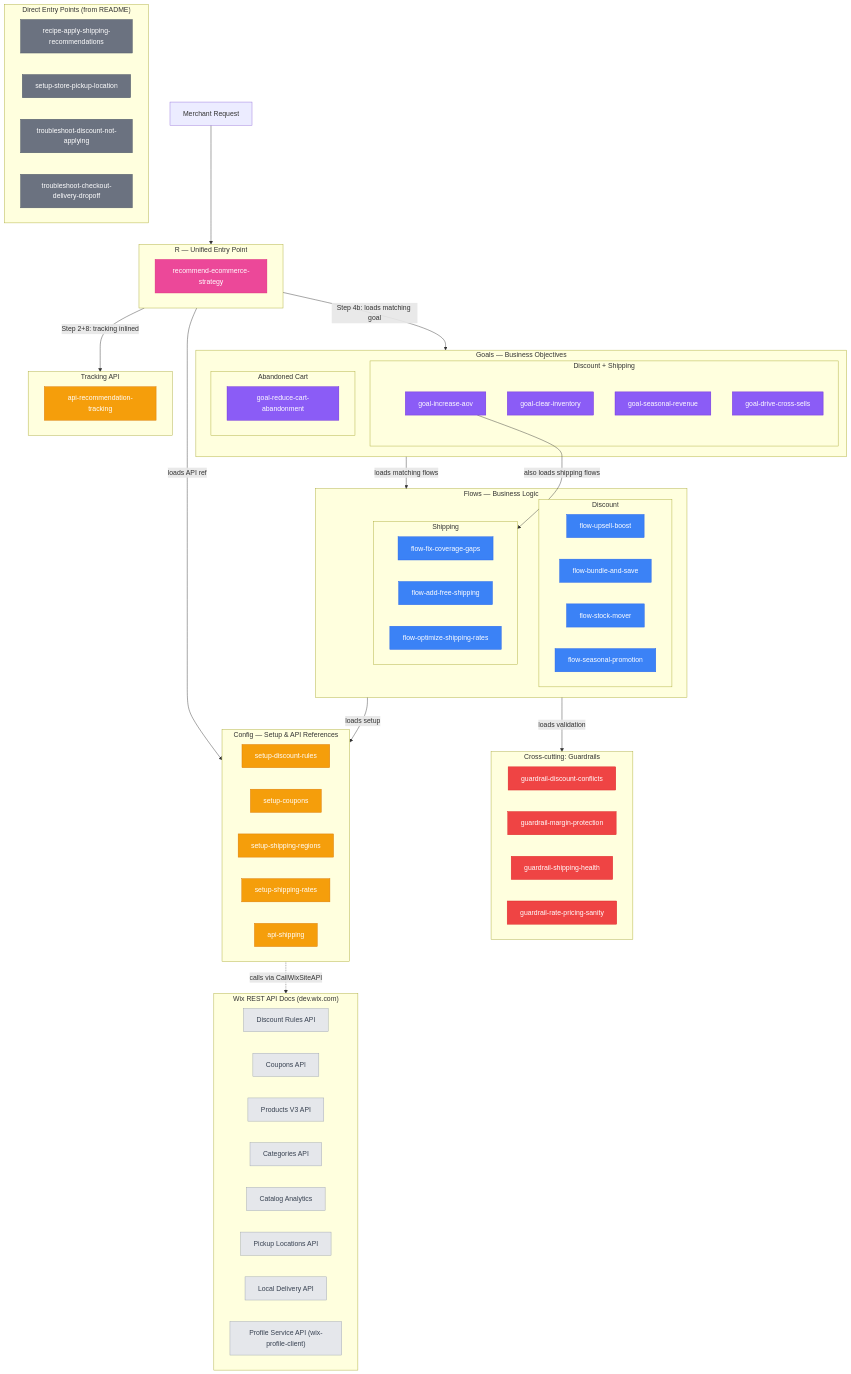
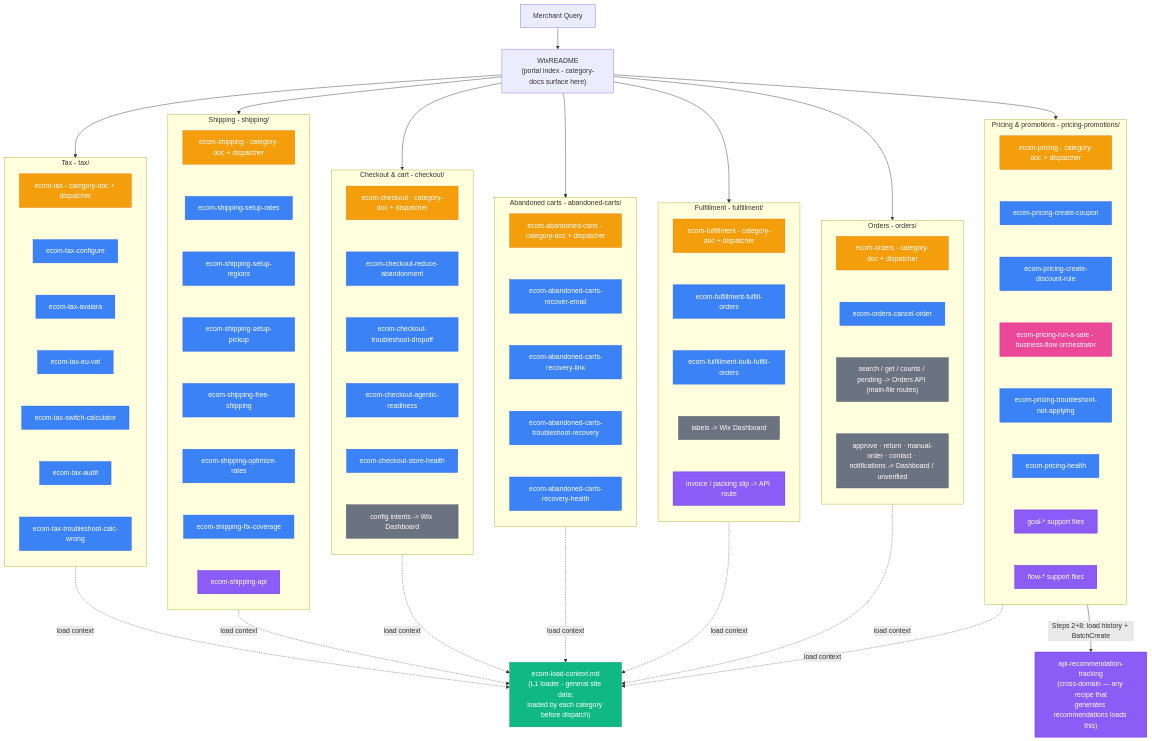
One commit to wix/skills changed the diagram in skills/wix-manage/references/ecommerce/skill-graph.md. Above: the diagram before and after it, drawn with Mermaid. The commit also changed other lines of this file and 69 other files, not shown here.

First line of the commit message:
refactor(wix-manage/ecommerce): port PR #366 routing tree, production-skills only

````diff
--- a/skills/wix-manage/references/ecommerce/skill-graph.md
+++ b/skills/wix-manage/references/ecommerce/skill-graph.md
@@ -8,99 +8,117 @@
 ```mermaid
 flowchart TB
-    MR["Merchant Request"] --> R
+    MR["Merchant Query"] --> README["WixREADME<br/>(portal index - category-docs surface here)"]
 
-    subgraph R["R — Unified Entry Point"]
-        recommend-ecommerce-strategy
+    README --> TAX
+    README --> PRICE
+    README --> SHIP
+    README --> CHECKOUT
+    README --> ABANDONED
+    README --> FULFILL
+    README --> ORDERS
+
+    LOADER["ecom-load-context.md<br/>(L1 loader - general site data;<br/>loaded by each category before dispatch)"]
+    TAX -.-> |load context| LOADER
+    PRICE -.-> |load context| LOADER
+    SHIP -.-> |load context| LOADER
+    CHECKOUT -.-> |load context| LOADER
+    ABANDONED -.-> |load context| LOADER
+    FULFILL -.-> |load context| LOADER
+    ORDERS -.-> |load context| LOADER
+
+    TRACKING["api-recommendation-tracking<br/>(cross-domain — any recipe that<br/>generates recommendations loads this)"]
+    PR --> |"Steps 2+8: load history + BatchCreate"| TRACKING
+
+    subgraph TAX["Tax - tax/"]
+        direction TB
+        TAXDEF["ecom-tax - category-doc + dispatcher"]
+        TC["ecom-tax-configure"]
+        TA["ecom-tax-avalara"]
+        TV["ecom-tax-eu-vat"]
+        TS["ecom-tax-switch-calculator"]
+        TU["ecom-tax-audit"]
+        TT["ecom-tax-troubleshoot-calc-wrong"]
+        TAXDEF ~~~ TC ~~~ TA ~~~ TV ~~~ TS ~~~ TU ~~~ TT
     end
 
-    R --> |"loads API ref"| Config
-    R --> |"Step 4b: loads matching goal"| Goals
-    R --> |"Step 2+8: tracking inlined"| TrackingAPI
-
-    subgraph Goals["Goals — Business Objectives"]
-        subgraph GD["Discount + Shipping"]
-            goal-increase-aov
-            goal-clear-inventory
-            goal-seasonal-revenue
-            goal-drive-cross-sells
-        end
-        subgraph GA["Abandoned Cart"]
-            goal-reduce-cart-abandonment
-        end
+    subgraph PRICE["Pricing & promotions - pricing-promotions/"]
+        direction TB
+        PRICEDEF["ecom-pricing - category-doc + dispatcher"]
+        PC["ecom-pricing-create-coupon"]
+        PD["ecom-pricing-create-discount-rule"]
+        PR["ecom-pricing-run-a-sale - business-flow orchestrator"]
+        PB["ecom-pricing-troubleshoot-not-applying"]
+        PH["ecom-pricing-health"]
+        PG["goal-* support files"]
+        PF["flow-* support files"]
+        PRICEDEF ~~~ PC ~~~ PD ~~~ PR ~~~ PB ~~~ PH ~~~ PG ~~~ PF
     end
 
-    Goals --> |"loads matching flows"| Flows
-    goal-increase-aov --> |"also loads shipping flows"| FS
-
-    subgraph Flows["Flows — Business Logic"]
-        subgraph FD["Discount"]
-            flow-upsell-boost
-            flow-bundle-and-save
-            flow-stock-mover
-            flow-seasonal-promotion
-        end
-        subgraph FS["Shipping"]
-            flow-fix-coverage-gaps
-            flow-add-free-shipping
-            flow-optimize-shipping-rates
-        end
+    subgraph SHIP["Shipping - shipping/"]
+        direction TB
+        SHIPDEF["ecom-shipping - category-doc + dispatcher"]
+        SR["ecom-shipping-setup-rates"]
+        SG["ecom-shipping-setup-regions"]
+        SP["ecom-shipping-setup-pickup"]
+        SF["ecom-shipping-free-shipping"]
+        SO["ecom-shipping-optimize-rates"]
+        SX["ecom-shipping-fix-coverage"]
+        SS["ecom-shipping-api"]
+        SHIPDEF ~~~ SR ~~~ SG ~~~ SP ~~~ SF ~~~ SO ~~~ SX ~~~ SS
     end
 
-    Flows --> |"loads validation"| Guardrails
-    Flows --> |"loads setup"| Config
-
-    subgraph Guardrails["Cross-cutting: Guardrails"]
-        guardrail-discount-conflicts
-        guardrail-margin-protection
-        guardrail-shipping-health
-        guardrail-rate-pricing-sanity
+    subgraph CHECKOUT["Checkout & cart - checkout/"]
+        direction TB
+        CHKDEF["ecom-checkout - category-doc + dispatcher"]
+        CR["ecom-checkout-reduce-abandonment"]
+        CT["ecom-checkout-troubleshoot-dropoff"]
+        CA["ecom-checkout-agentic-readiness"]
+        CH["ecom-checkout-store-health"]
+        CD["config intents -> Wix Dashboard"]
+        CHKDEF ~~~ CR ~~~ CT ~~~ CA ~~~ CH ~~~ CD
     end
 
-    subgraph Config["Config — Setup & API References"]
-        setup-discount-rules
-        setup-coupons
-        setup-shipping-regions
-        setup-shipping-rates
-        api-shipping
+    subgraph ABANDONED["Abandoned carts - abandoned-carts/"]
+        direction TB
+        ACDEF["ecom-abandoned-carts - category-doc + dispatcher"]
+        AR["ecom-abandoned-carts-recover-email"]
+        AL["ecom-abandoned-carts-recovery-link"]
+        AT["ecom-abandoned-carts-troubleshoot-recovery"]
+        AH["ecom-abandoned-carts-recovery-health"]
+        ACDEF ~~~ AR ~~~ AL ~~~ AT ~~~ AH
     end
 
-    subgraph TrackingAPI["Tracking API"]
-        api-recommendation-tracking
+    subgraph FULFILL["Fulfillment - fulfillment/"]
+        direction TB
+        FDEF["ecom-fulfillment - category-doc + dispatcher"]
+        FO["ecom-fulfillment-fulfill-orders"]
+        FB["ecom-fulfillment-bulk-fulfill-orders"]
+        FL["labels -> Wix Dashboard"]
+        FI["invoice / packing slip -> API route"]
+        FDEF ~~~ FO ~~~ FB ~~~ FL ~~~ FI
     end
 
-    subgraph Standalone["Direct Entry Points (from README)"]
-        recipe-apply-shipping-recommendations
-        setup-store-pickup-location
-        troubleshoot-discount-not-applying
-        troubleshoot-checkout-delivery-dropoff
+    subgraph ORDERS["Orders - orders/"]
+        direction TB
+        ODEF["ecom-orders - category-doc + dispatcher"]
+        OC["ecom-orders-cancel-order"]
+        OS["search / get / counts / pending -> Orders API (main-file routes)"]
+        OH["approve · return · manual-order · contact · notifications -> Dashboard / unverified"]
+        ODEF ~~~ OC ~~~ OS ~~~ OH
     end
 
-    Config -.-> |"calls via CallWixSiteAPI"| API
+    classDef dispatcher fill:#f59e0b,stroke:#d97706,color:#fff
+    classDef promotion fill:#3b82f6,stroke:#2563eb,color:#fff
+    classDef orchestrator fill:#ec4899,stroke:#db2777,color:#fff
+    classDef support fill:#8b5cf6,stroke:#6d28d9,color:#fff
+    classDef loader fill:#10b981,stroke:#059669,color:#fff
+    classDef legacy fill:#6b7280,stroke:#4b5563,color:#fff
 
-    subgraph API["Wix REST API Docs (dev.wix.com)"]
-        D1["Discount Rules API"]
-        D2["Coupons API"]
-        D3["Products V3 API"]
-        D4["Categories API"]
-        D5["Catalog Analytics"]
-        S3["Pickup Locations API"]
-        S4["Local Delivery API"]
-        SD["Profile Service API (wix-profile-client)"]
-    end
-
-    classDef goal fill:#8b5cf6,stroke:#6d28d9,color:#fff
-    classDef guardrail fill:#ef4444,stroke:#dc2626,color:#fff
-    classDef flow fill:#3b82f6,stroke:#2563eb,color:#fff
-    classDef config fill:#f59e0b,stroke:#d97706,color:#fff
-    classDef reco fill:#ec4899,stroke:#db2777,color:#fff
-    classDef standalone fill:#6b7280,stroke:#4b5563,color:#fff
-    classDef apidoc fill:#e5e7eb,stroke:#9ca3af,color:#374151
-
-    class goal-increase-aov,goal-clear-inventory,goal-seasonal-revenue,goal-drive-cross-sells,goal-reduce-cart-abandonment goal
-    class guardrail-discount-conflicts,guardrail-margin-protection,guardrail-shipping-health,guardrail-rate-pricing-sanity guardrail
-    class flow-upsell-boost,flow-bundle-and-save,flow-stock-mover,flow-seasonal-promotion,flow-fix-coverage-gaps,flow-add-free-shipping,flow-optimize-shipping-rates flow
-    class setup-discount-rules,setup-coupons,setup-shipping-regions,setup-shipping-rates,api-recommendation-tracking,api-shipping config
-    class recommend-ecommerce-strategy reco
-    class recipe-apply-shipping-recommendations,setup-store-pickup-location,troubleshoot-discount-not-applying,troubleshoot-checkout-delivery-dropoff standalone
-    class D1,D2,D3,D4,D5,S1,S2,S3,S4,SD apidoc
+    class TAXDEF,PRICEDEF,SHIPDEF,CHKDEF,ACDEF,FDEF,ODEF dispatcher
+    class TC,TA,TV,TS,TU,TT,PC,PD,PB,PH,SR,SG,SP,SF,SO,SX,CR,CT,CA,CH,AR,AL,AT,AH,FO,FB,OC promotion
+    class PR orchestrator
+    class PG,PF,SS,FI support
+    class LOADER loader
+    class TRACKING support
+    class CD,FL,OS,OH legacy
 ```
````
